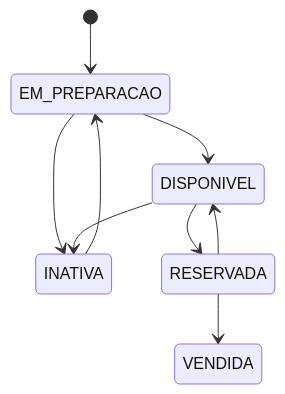
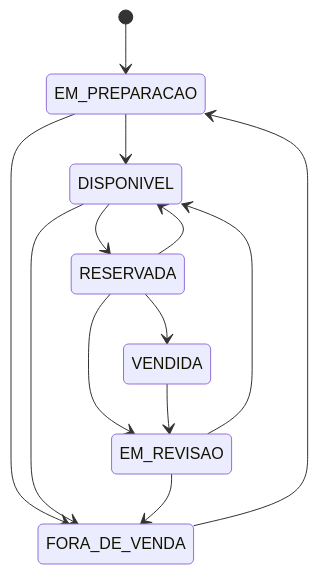
Before and after one commit to notmaikeise/maikeise-motohub: the diagram in docs/04-business-rules.md, drawn with Mermaid. The commit also changed other lines of this file and 13 other files, not shown here.

````diff
--- a/docs/04-business-rules.md
+++ b/docs/04-business-rules.md
@@ -67,11 +81,15 @@
 ```mermaid
 stateDiagram-v2
     [*] --> EM_PREPARACAO
     EM_PREPARACAO --> DISPONIVEL
-    EM_PREPARACAO --> INATIVA
+    EM_PREPARACAO --> FORA_DE_VENDA
     DISPONIVEL --> RESERVADA
-    DISPONIVEL --> INATIVA
+    DISPONIVEL --> FORA_DE_VENDA
     RESERVADA --> DISPONIVEL
     RESERVADA --> VENDIDA
-    INATIVA --> EM_PREPARACAO
+    RESERVADA --> EM_REVISAO
+    VENDIDA --> EM_REVISAO
+    EM_REVISAO --> DISPONIVEL
+    EM_REVISAO --> FORA_DE_VENDA
+    FORA_DE_VENDA --> EM_PREPARACAO
 ```
````
